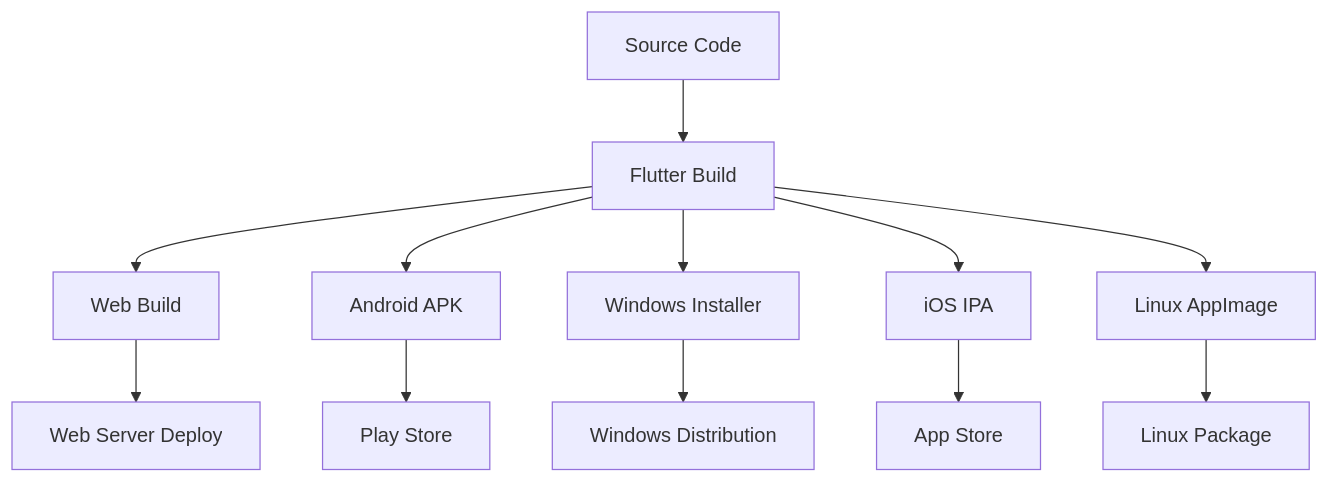
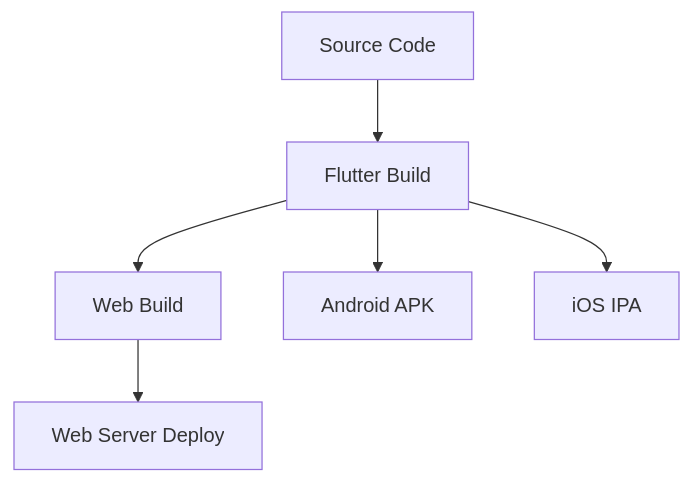
One commit to BBowdon00/Hydroponic_Monitor changed the first of 2 diagrams in memory-bank/techContext.md. Above: the diagram before and after it, drawn with Mermaid. The commit also changed other lines of this file and 13 other files, not shown here.

````diff
--- a/memory-bank/techContext.md
+++ b/memory-bank/techContext.md
@@ -277,15 +255,9 @@
 ```mermaid
 flowchart TD
     A[Source Code] --> B[Flutter Build]
     B --> C[Web Build]
     B --> D[Android APK]
-    B --> E[Windows Installer]
     B --> F[iOS IPA]
-    B --> G[Linux AppImage]
     
     C --> H[Web Server Deploy]
-    D --> I[Play Store]
-    E --> J[Windows Distribution]
-    F --> K[App Store]
-    G --> L[Linux Package]
 ```
````
